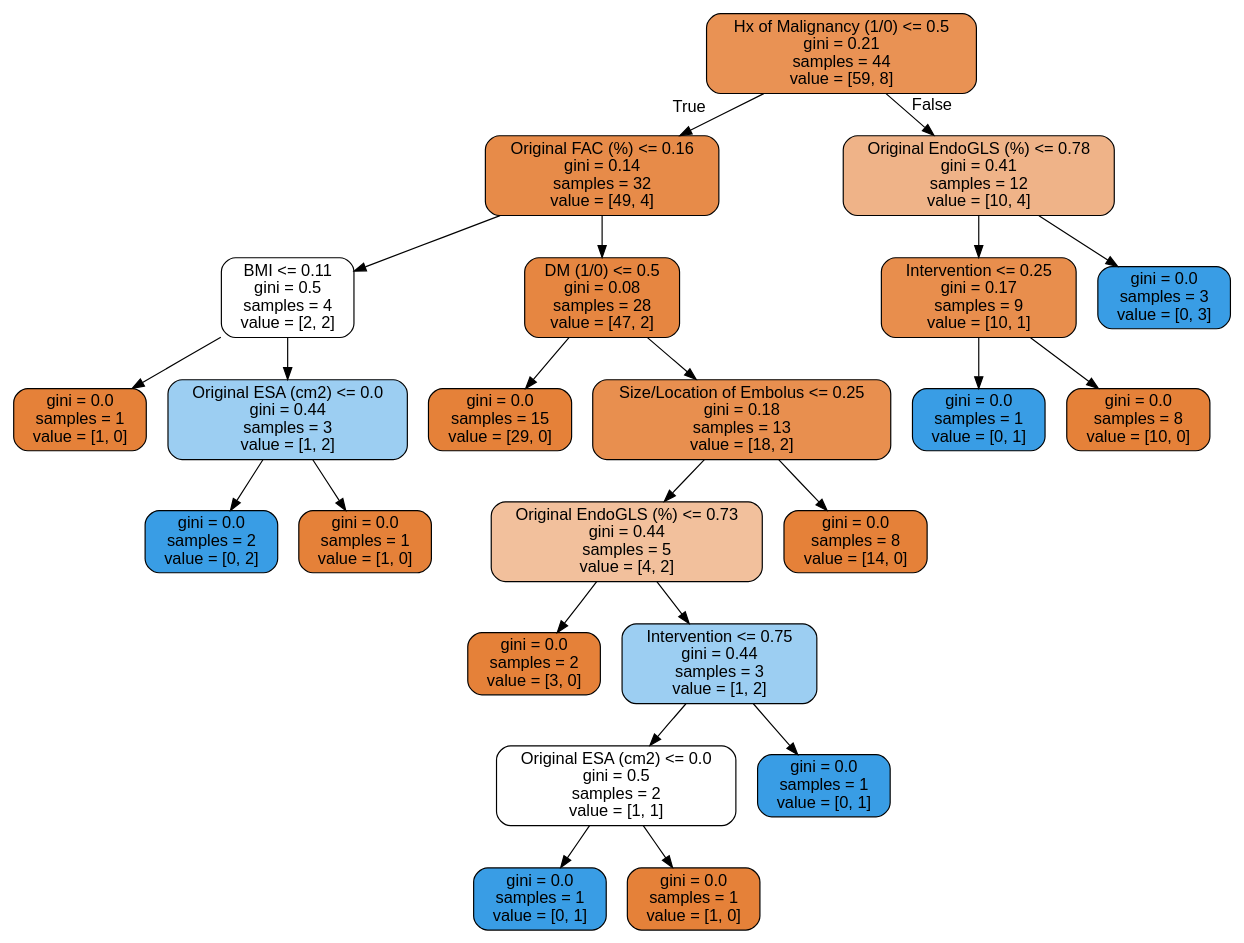
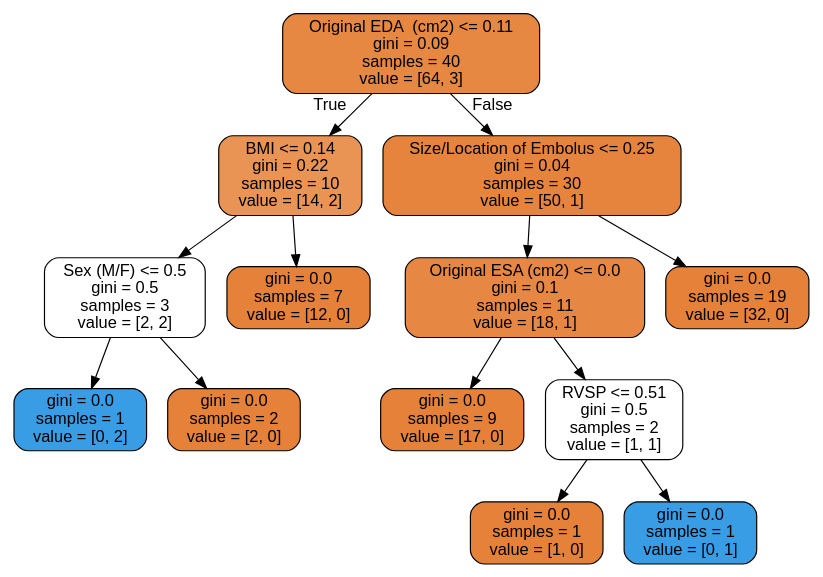
The diagram in tree.dot (nitro41992/cs634-final-project), drawn with Graphviz before and after one commit. The commit also changed 2 other files, not shown here.

```diff
--- a/tree.dot
+++ b/tree.dot
@@ -1,49 +1,29 @@
 digraph Tree {
 node [shape=box, style="filled, rounded", color="black", fontname=helvetica] ;
 edge [fontname=helvetica] ;
-0 [label="Hx of Malignancy (1/0) <= 0.5\ngini = 0.21\nsamples = 44\nvalue = [59, 8]", fillcolor="#e99254"] ;
-1 [label=" Original FAC (%) <= 0.16\ngini = 0.14\nsamples = 32\nvalue = [49, 4]", fillcolor="#e78b49"] ;
+0 [label="Original EDA  (cm2) <= 0.11\ngini = 0.09\nsamples = 40\nvalue = [64, 3]", fillcolor="#e68742"] ;
+1 [label="BMI <= 0.14\ngini = 0.22\nsamples = 10\nvalue = [14, 2]", fillcolor="#e99355"] ;
 0 -> 1 [labeldistance=2.5, labelangle=45, headlabel="True"] ;
-2 [label="BMI <= 0.11\ngini = 0.5\nsamples = 4\nvalue = [2, 2]", fillcolor="#ffffff"] ;
+2 [label="Sex (M/F) <= 0.5\ngini = 0.5\nsamples = 3\nvalue = [2, 2]", fillcolor="#ffffff"] ;
 1 -> 2 ;
-3 [label="gini = 0.0\nsamples = 1\nvalue = [1, 0]", fillcolor="#e58139"] ;
+3 [label="gini = 0.0\nsamples = 1\nvalue = [0, 2]", fillcolor="#399de5"] ;
 2 -> 3 ;
-4 [label="Original ESA (cm2) <= 0.0\ngini = 0.44\nsamples = 3\nvalue = [1, 2]", fillcolor="#9ccef2"] ;
+4 [label="gini = 0.0\nsamples = 2\nvalue = [2, 0]", fillcolor="#e58139"] ;
 2 -> 4 ;
-5 [label="gini = 0.0\nsamples = 2\nvalue = [0, 2]", fillcolor="#399de5"] ;
-4 -> 5 ;
-6 [label="gini = 0.0\nsamples = 1\nvalue = [1, 0]", fillcolor="#e58139"] ;
-4 -> 6 ;
-7 [label="DM (1/0) <= 0.5\ngini = 0.08\nsamples = 28\nvalue = [47, 2]", fillcolor="#e68641"] ;
-1 -> 7 ;
-8 [label="gini = 0.0\nsamples = 15\nvalue = [29, 0]", fillcolor="#e58139"] ;
+5 [label="gini = 0.0\nsamples = 7\nvalue = [12, 0]", fillcolor="#e58139"] ;
+1 -> 5 ;
+6 [label="Size/Location of Embolus <= 0.25\ngini = 0.04\nsamples = 30\nvalue = [50, 1]", fillcolor="#e6843d"] ;
+0 -> 6 [labeldistance=2.5, labelangle=-45, headlabel="False"] ;
+7 [label="Original ESA (cm2) <= 0.0\ngini = 0.1\nsamples = 11\nvalue = [18, 1]", fillcolor="#e68844"] ;
+6 -> 7 ;
+8 [label="gini = 0.0\nsamples = 9\nvalue = [17, 0]", fillcolor="#e58139"] ;
 7 -> 8 ;
-9 [label="Size/Location of Embolus <= 0.25\ngini = 0.18\nsamples = 13\nvalue = [18, 2]", fillcolor="#e88f4f"] ;
+9 [label="RVSP <= 0.51\ngini = 0.5\nsamples = 2\nvalue = [1, 1]", fillcolor="#ffffff"] ;
 7 -> 9 ;
-10 [label="Original EndoGLS (%) <= 0.73\ngini = 0.44\nsamples = 5\nvalue = [4, 2]", fillcolor="#f2c09c"] ;
+10 [label="gini = 0.0\nsamples = 1\nvalue = [1, 0]", fillcolor="#e58139"] ;
 9 -> 10 ;
-11 [label="gini = 0.0\nsamples = 2\nvalue = [3, 0]", fillcolor="#e58139"] ;
-10 -> 11 ;
-12 [label="Intervention <= 0.75\ngini = 0.44\nsamples = 3\nvalue = [1, 2]", fillcolor="#9ccef2"] ;
-10 -> 12 ;
-13 [label="Original ESA (cm2) <= 0.0\ngini = 0.5\nsamples = 2\nvalue = [1, 1]", fillcolor="#ffffff"] ;
-12 -> 13 ;
-14 [label="gini = 0.0\nsamples = 1\nvalue = [0, 1]", fillcolor="#399de5"] ;
-13 -> 14 ;
-15 [label="gini = 0.0\nsamples = 1\nvalue = [1, 0]", fillcolor="#e58139"] ;
-13 -> 15 ;
-16 [label="gini = 0.0\nsamples = 1\nvalue = [0, 1]", fillcolor="#399de5"] ;
-12 -> 16 ;
-17 [label="gini = 0.0\nsamples = 8\nvalue = [14, 0]", fillcolor="#e58139"] ;
-9 -> 17 ;
-18 [label="Original EndoGLS (%) <= 0.78\ngini = 0.41\nsamples = 12\nvalue = [10, 4]", fillcolor="#efb388"] ;
-0 -> 18 [labeldistance=2.5, labelangle=-45, headlabel="False"] ;
-19 [label="Intervention <= 0.25\ngini = 0.17\nsamples = 9\nvalue = [10, 1]", fillcolor="#e88e4d"] ;
-18 -> 19 ;
-20 [label="gini = 0.0\nsamples = 1\nvalue = [0, 1]", fillcolor="#399de5"] ;
-19 -> 20 ;
-21 [label="gini = 0.0\nsamples = 8\nvalue = [10, 0]", fillcolor="#e58139"] ;
-19 -> 21 ;
-22 [label="gini = 0.0\nsamples = 3\nvalue = [0, 3]", fillcolor="#399de5"] ;
-18 -> 22 ;
+11 [label="gini = 0.0\nsamples = 1\nvalue = [0, 1]", fillcolor="#399de5"] ;
+9 -> 11 ;
+12 [label="gini = 0.0\nsamples = 19\nvalue = [32, 0]", fillcolor="#e58139"] ;
+6 -> 12 ;
 }
```
